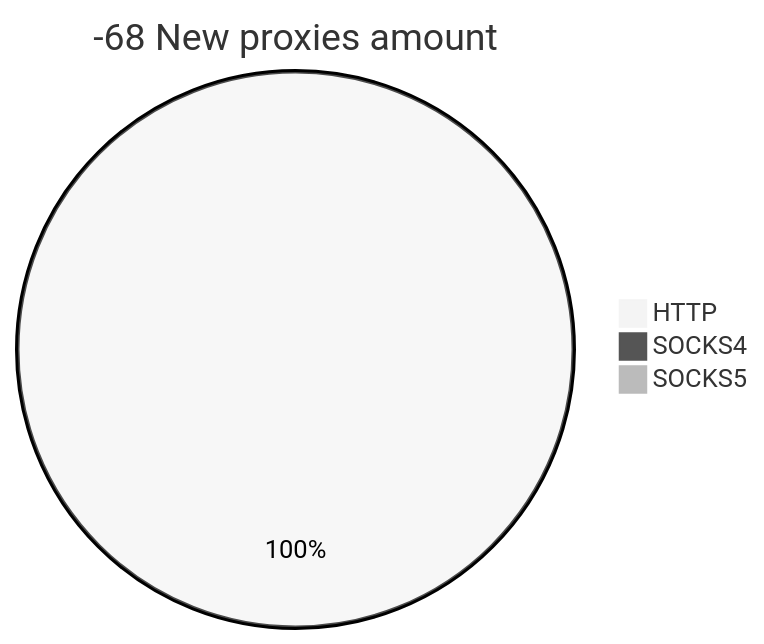
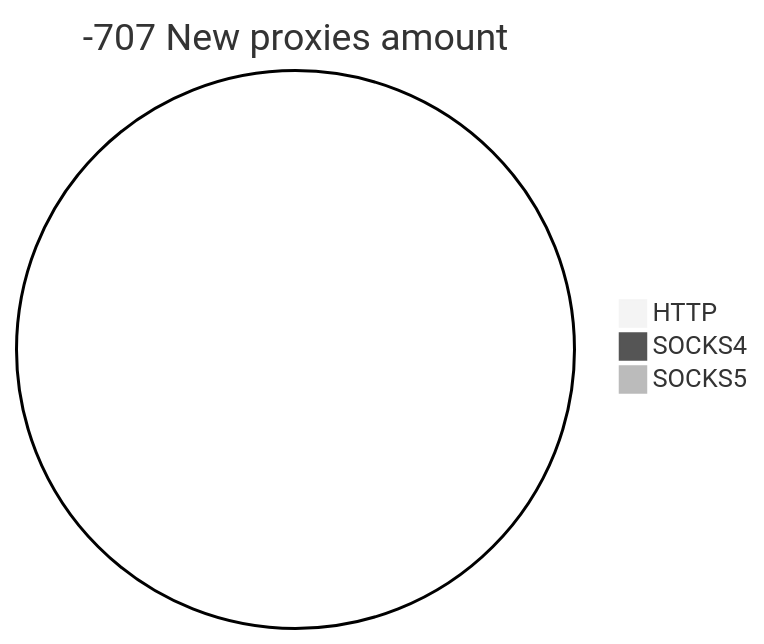
Before and after one commit to cutipu/proxylist: the second of 2 diagrams in README.md, drawn with Mermaid (neutral theme). The commit also changed other lines of this file, not shown here.

````diff
--- a/README.md
+++ b/README.md
@@ -10,6 +10,6 @@
 ```mermaid
-pie title -68 New proxies amount
-    "HTTP" : 14
+pie title -707 New proxies amount
+    "HTTP" : 0
     "SOCKS4" : 0
     "SOCKS5" : 0
 ```
````
